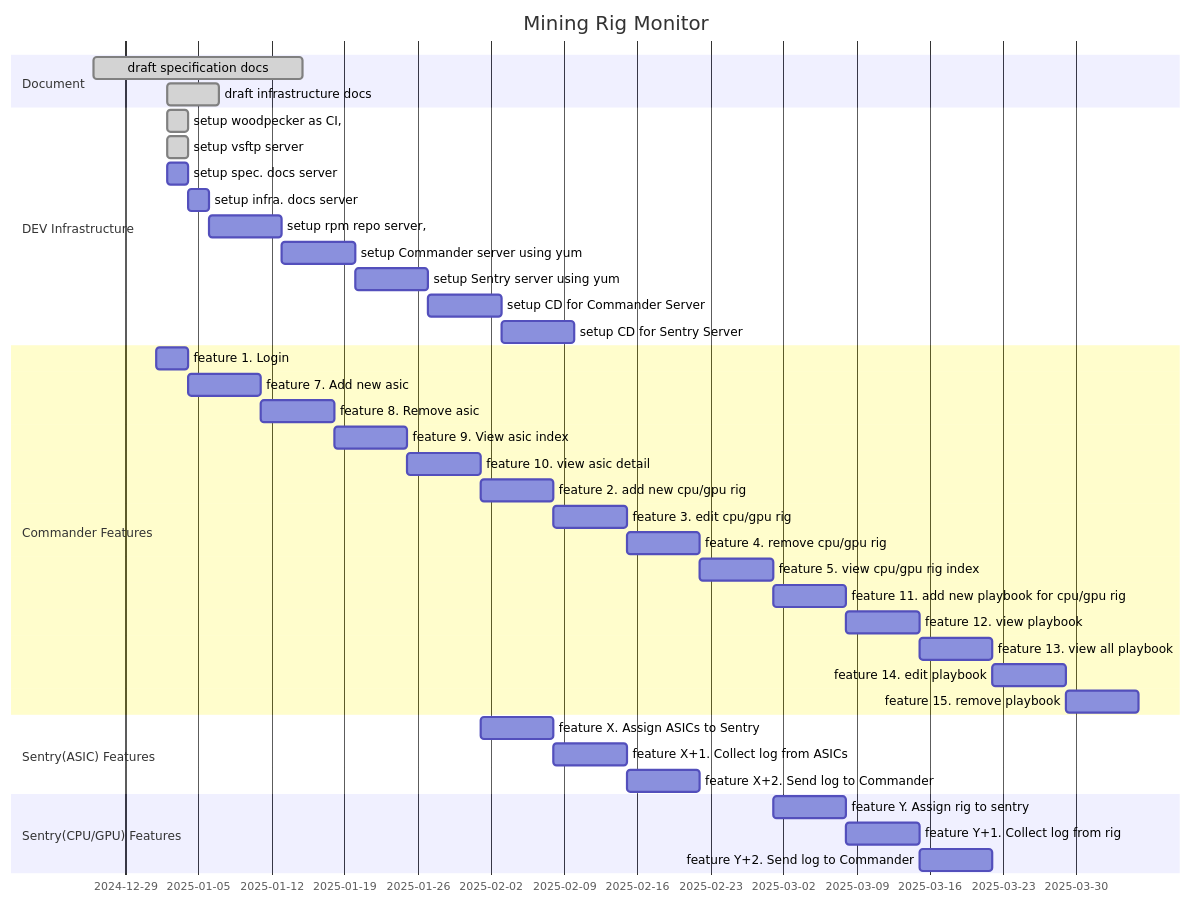
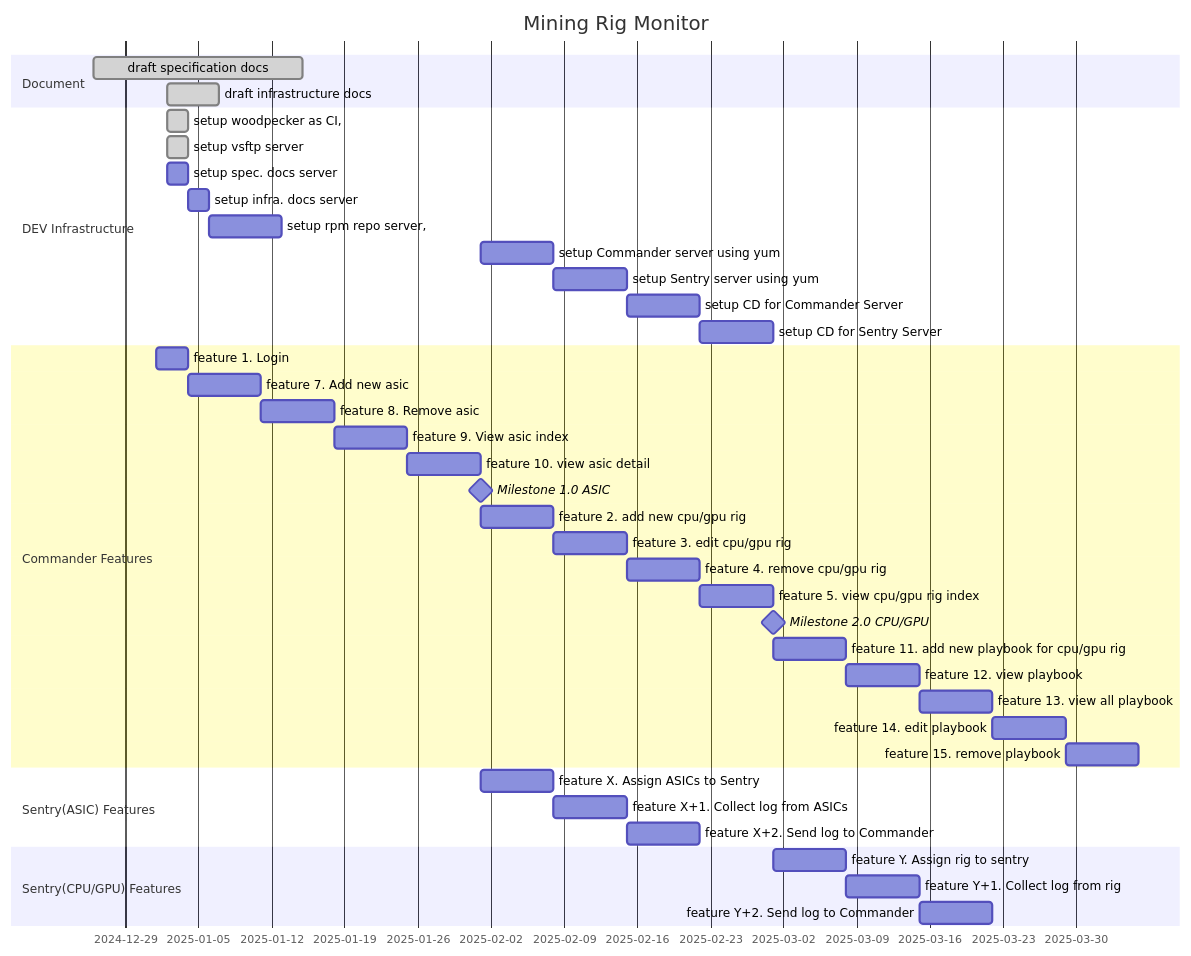
The diagram in docs/06-project-management-fullscreen.md (nguyenvinhlinh/Mining-Rig-Monitor-Document), drawn with Mermaid before and after one commit. The commit also changed 1 other file, not shown here.

Commit message:
update project mana. milestone & task.

````diff
--- a/docs/06-project-management-fullscreen.md
+++ b/docs/06-project-management-fullscreen.md
@@ -7,49 +7,53 @@
 ```mermaid
 gantt
     title Mining Rig Monitor
     dateFormat YYYY-MM-DD
 
     section Document
         draft specification  docs      :done, :wsd, 2024-12-26, 20d
         draft infrastructure docs      :done, :wid, after wsd, 5d
     section DEV Infrastructure
         setup woodpecker as CI,        :done, :swci, after wid, 2d
         setup vsftp server             :done, :svsftp, after swci, 2d
         setup spec. docs server        :ssds, after svsftp, 2d
         setup infra. docs server       :sids, after ssds, 2d
         setup rpm repo server,         :srps, after sids, 1w
 
-        setup Commander server using yum :scs, after srps, 1w
+        setup Commander server using yum :scs, after f10, 1w
         setup Sentry server using yum    :sss, after scs, 1w
         setup CD for Commander Server   :scdcs, after sss, 1w
         setup CD for Sentry Server      :scdss, after scdcs, 1w
     section Commander Features
         feature  1. Login              :f01, 2025-01-01, 3d
 
         feature  7. Add new asic       :f07, after f01, 1w
         feature  8. Remove asic        :f08, after f07, 1w
         feature  9. View asic index    :f09, after f08, 1w
         feature 10. view asic detail   :f10, after f09, 1w
 
+        Milestone 1.0 ASIC: milestone, m1, after f10, 2m
+
         feature 2. add new cpu/gpu rig    :f02, after f10, 1w
         feature 3. edit cpu/gpu rig       :f03, after f02, 1w
         feature 4. remove cpu/gpu rig     :f04, after f03, 1w
         feature 5. view cpu/gpu rig index :f05, after f04, 1w
+
+        Milestone 2.0 CPU/GPU: milestone, m2, after f05, 2m
 
         feature 11. add new playbook for cpu/gpu rig  :f11, after f05, 1w
         feature 12. view playbook                     :f12, after f11, 1w
         feature 13. view all playbook                 :f13, after f12, 1w
         feature 14. edit playbook                     :f14, after f13, 1w
         feature 15. remove playbook                   :f15, after f14, 1w
 
     section Sentry(ASIC) Features
         feature X. Assign ASICs to Sentry    :fx,  after f10, 1w
         feature X+1. Collect log from ASICs  :fx1, after fx,  1w
         feature X+2. Send log to Commander   :fx2, after fx1, 1w
 
     section Sentry(CPU/GPU) Features
         feature Y. Assign rig to sentry    :fy, after f05, 1w
         feature Y+1. Collect log from rig  :fy1, after fy, 1w
         feature Y+2. Send log to Commander :fy2, after fy1, 1w
 
 ```
````
